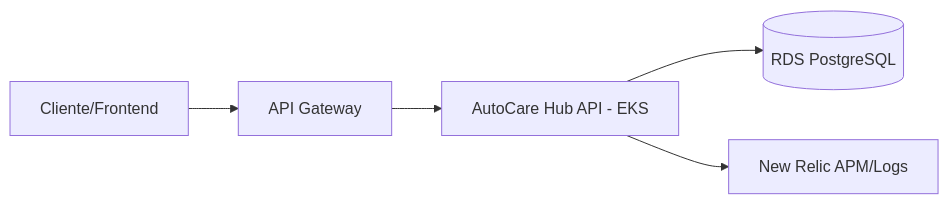
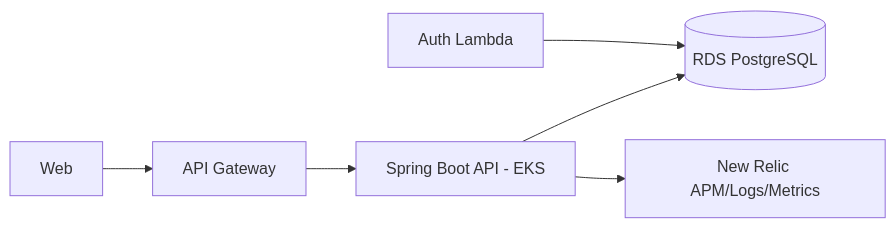
Before and after one commit to yxsbx/SOAT-FIAP-autocare-api: the diagram in README.md, drawn with Mermaid. The commit also changed other lines of this file and 2 other files, not shown here.

Commit message:
docs: add phase 3 architecture documentation

````diff
--- a/README.md
+++ b/README.md
@@ -68,7 +9,8 @@
 ```mermaid
 flowchart LR
-  Client[Cliente/Frontend] --> Gateway[API Gateway]
-  Gateway --> API[AutoCare Hub API - EKS]
-  API --> DB[(RDS PostgreSQL)]
-  API --> NR[New Relic APM/Logs]
+  Web[Web] --> Gateway[API Gateway]
+  Gateway --> API[Spring Boot API - EKS]
+  Lambda[Auth Lambda] --> RDS[(RDS PostgreSQL)]
+  API --> RDS
+  API --> NR[New Relic APM/Logs/Metrics]
 ```
````
